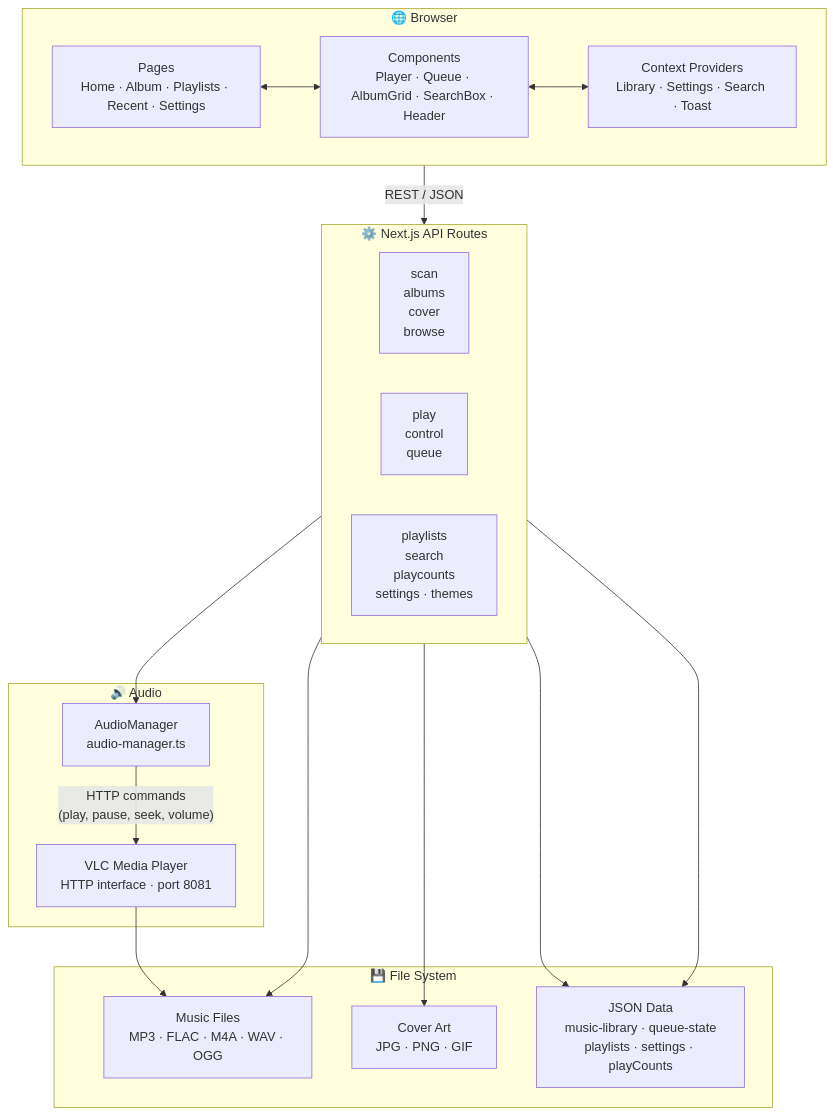
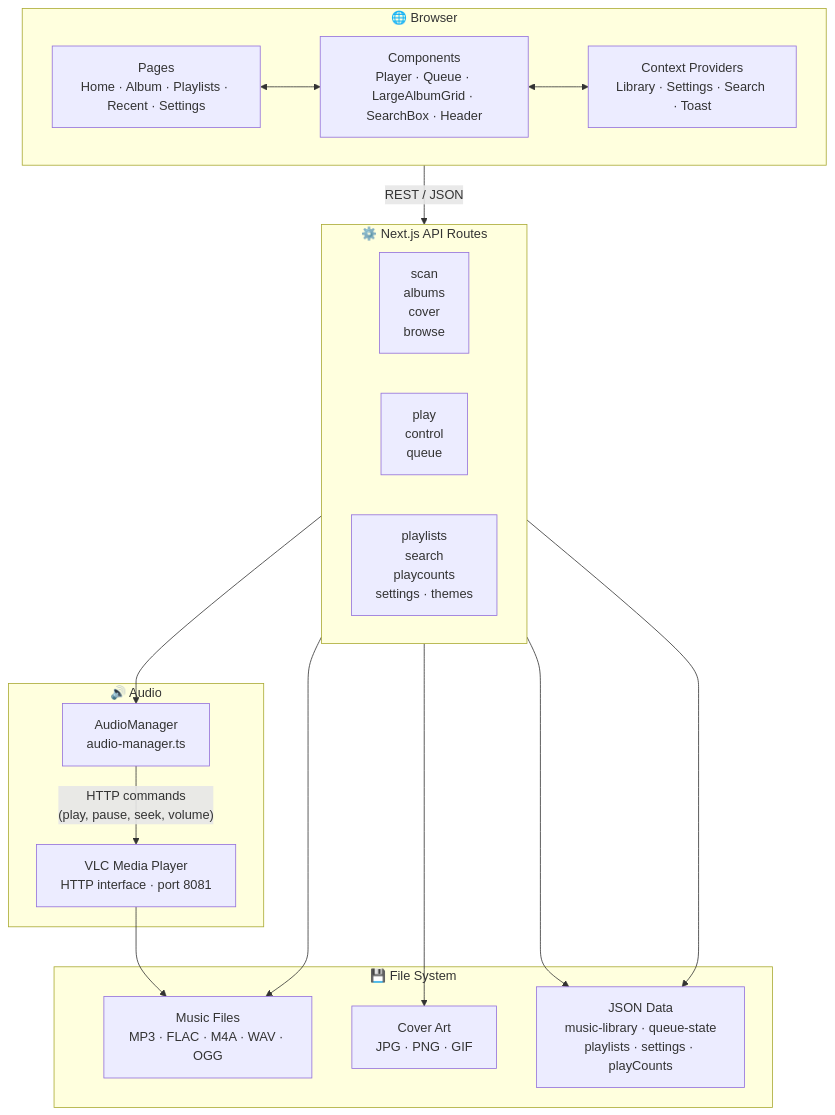
One commit to brian-thornton/lineArray changed the diagram in README.md. Above: the diagram before and after it, drawn with Mermaid. The commit also changed other lines of this file and 95 other files, not shown here.

````diff
--- a/README.md
+++ b/README.md
@@ -34,37 +34,37 @@
 ```mermaid
 flowchart TD
     subgraph Browser["🌐 Browser"]
         Pages["Pages\nHome · Album · Playlists · Recent · Settings"]
-        Components["Components\nPlayer · Queue · AlbumGrid · SearchBox · Header"]
+        Components["Components\nPlayer · Queue · LargeAlbumGrid · SearchBox · Header"]
         Contexts["Context Providers\nLibrary · Settings · Search · Toast"]
         Pages <--> Components
         Components <--> Contexts
     end
 
     subgraph NextAPI["⚙️ Next.js API Routes"]
         direction LR
         ScanAPI["scan\nalbums\ncover\nbrowse"]
         PlayAPI["play\ncontrol\nqueue"]
         DataAPI["playlists\nsearch\nplaycounts\nsettings · themes"]
     end
 
     subgraph AudioLayer["🔊 Audio"]
         AudioMgr["AudioManager\naudio-manager.ts"]
         VLC["VLC Media Player\nHTTP interface · port 8081"]
         AudioMgr -- "HTTP commands\n(play, pause, seek, volume)" --> VLC
     end
 
     subgraph Storage["💾 File System"]
         MusicFiles["Music Files\nMP3 · FLAC · M4A · WAV · OGG"]
         CoverArt["Cover Art\nJPG · PNG · GIF"]
         JSONData["JSON Data\nmusic-library · queue-state\nplaylists · settings · playCounts"]
     end
 
     Browser -- "REST / JSON" --> NextAPI
     PlayAPI --> AudioMgr
     ScanAPI --> MusicFiles
     ScanAPI --> CoverArt
     ScanAPI --> JSONData
     DataAPI --> JSONData
     VLC --> MusicFiles
 ```
````
